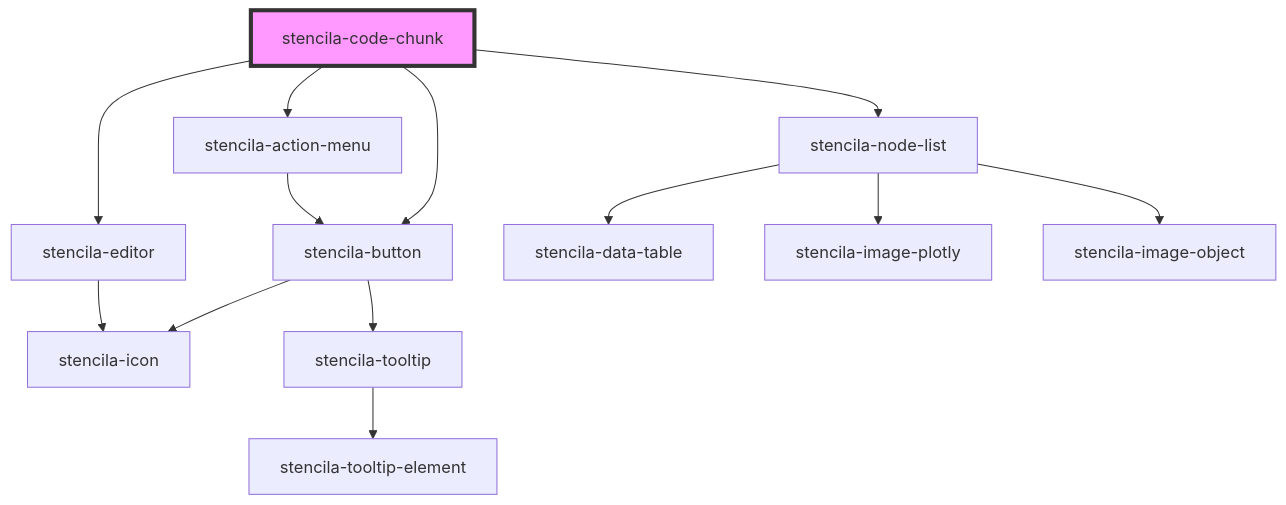
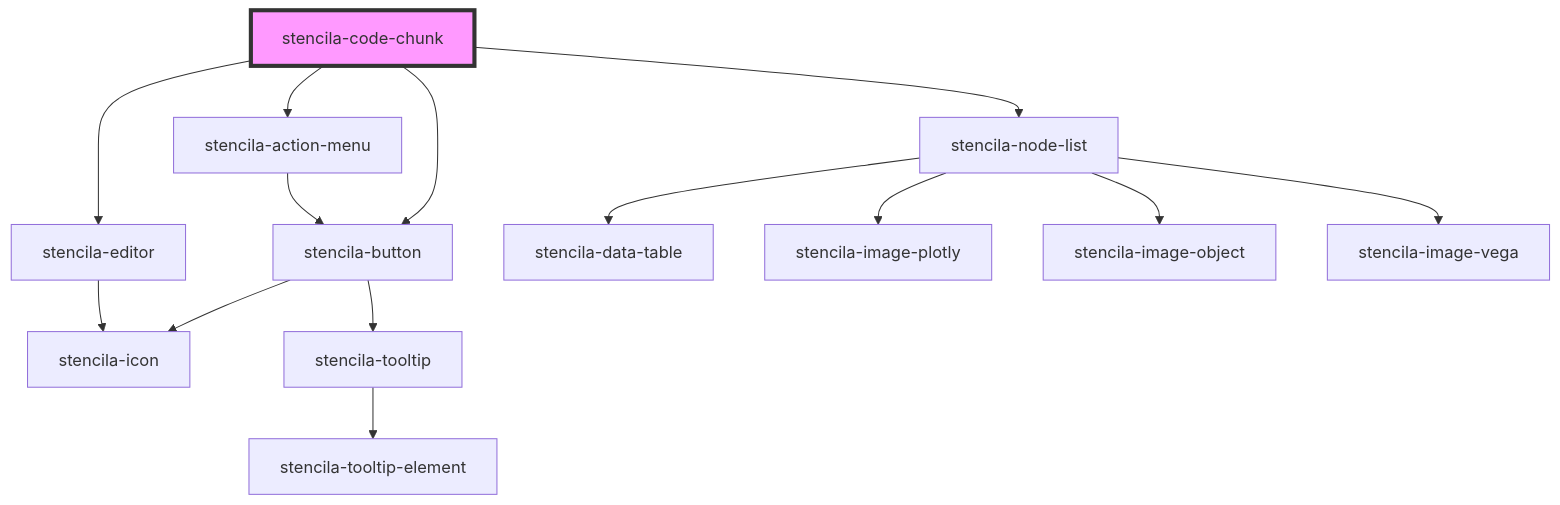
One commit to stencila/designa changed the diagram in packages/components/src/components/codeChunk/readme.md. Above: the diagram before and after it, drawn with Mermaid. The commit also changed 20 other files, not shown here.

First line of the commit message:
feat(Image Vega): Support rendering Vega figures

````diff
--- a/packages/components/src/components/codeChunk/readme.md
+++ b/packages/components/src/components/codeChunk/readme.md
@@ -67,16 +67,17 @@
 ```mermaid
 graph TD;
   stencila-code-chunk --> stencila-action-menu
   stencila-code-chunk --> stencila-button
   stencila-code-chunk --> stencila-editor
   stencila-code-chunk --> stencila-node-list
   stencila-action-menu --> stencila-button
   stencila-button --> stencila-icon
   stencila-button --> stencila-tooltip
   stencila-tooltip --> stencila-tooltip-element
   stencila-editor --> stencila-icon
   stencila-node-list --> stencila-data-table
   stencila-node-list --> stencila-image-plotly
   stencila-node-list --> stencila-image-object
+  stencila-node-list --> stencila-image-vega
   style stencila-code-chunk fill:#f9f,stroke:#333,stroke-width:4px
 ```
````
